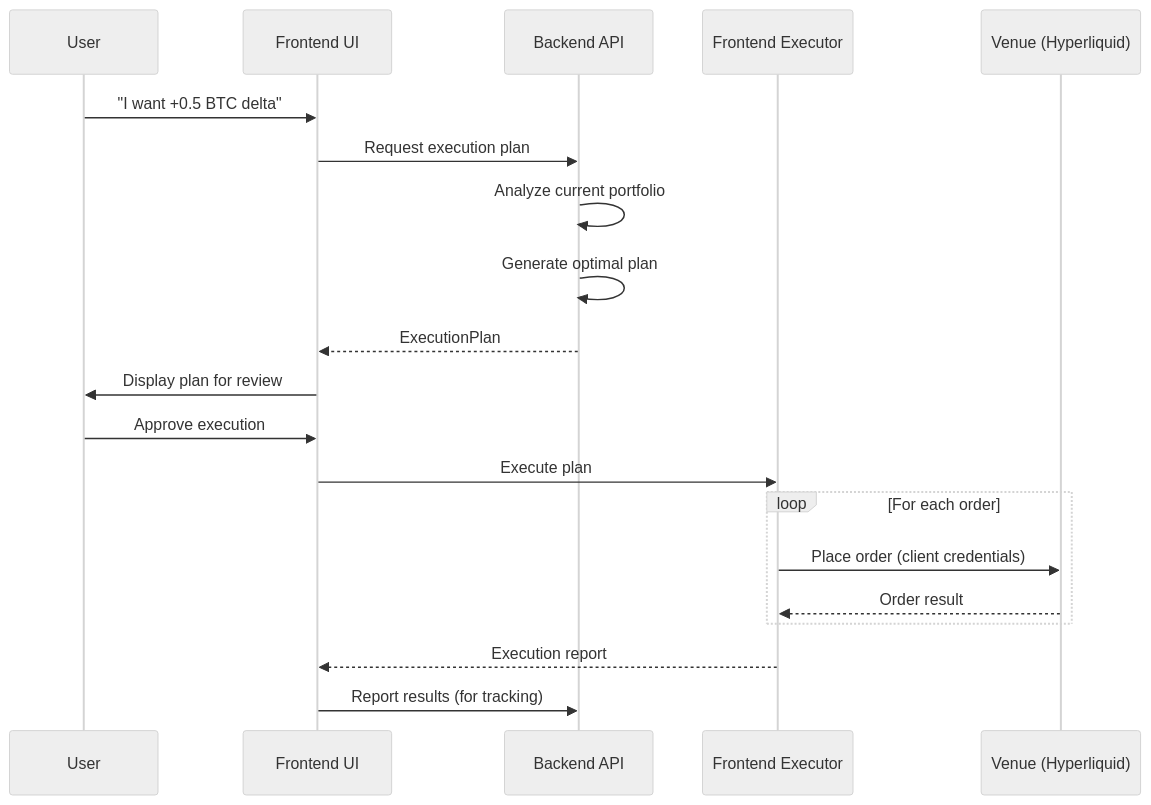
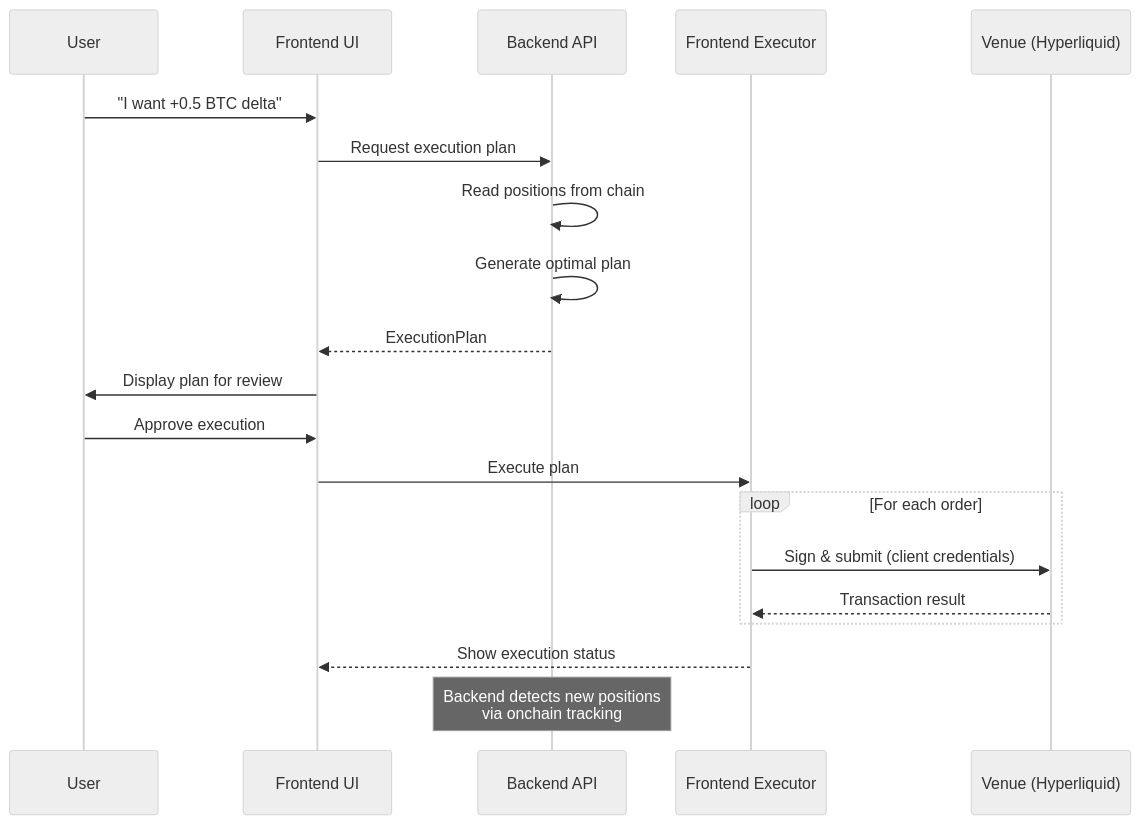
One commit to dataclique/moneymentum changed diagram 13 of 18 in SPEC.md. Above: the diagram before and after it, drawn with Mermaid (neutral theme). The commit also changed other lines of this file and 23 other files, not shown here.

````diff
--- a/SPEC.md
+++ b/SPEC.md
@@ -890,25 +903,25 @@
 ```mermaid
 sequenceDiagram
     participant U as User
     participant UI as Frontend UI
     participant BE as Backend API
     participant EX as Frontend Executor
     participant V as Venue (Hyperliquid)
 
     U->>UI: "I want +0.5 BTC delta"
     UI->>BE: Request execution plan
-    BE->>BE: Analyze current portfolio
+    BE->>BE: Read positions from chain
     BE->>BE: Generate optimal plan
     BE-->>UI: ExecutionPlan
     UI->>U: Display plan for review
     U->>UI: Approve execution
     UI->>EX: Execute plan
 
     loop For each order
-        EX->>V: Place order (client credentials)
-        V-->>EX: Order result
+        EX->>V: Sign & submit (client credentials)
+        V-->>EX: Transaction result
     end
 
-    EX-->>UI: Execution report
-    UI->>BE: Report results (for tracking)
+    EX-->>UI: Show execution status
+    Note over BE: Backend detects new positions<br/>via onchain tracking
 ```
````
